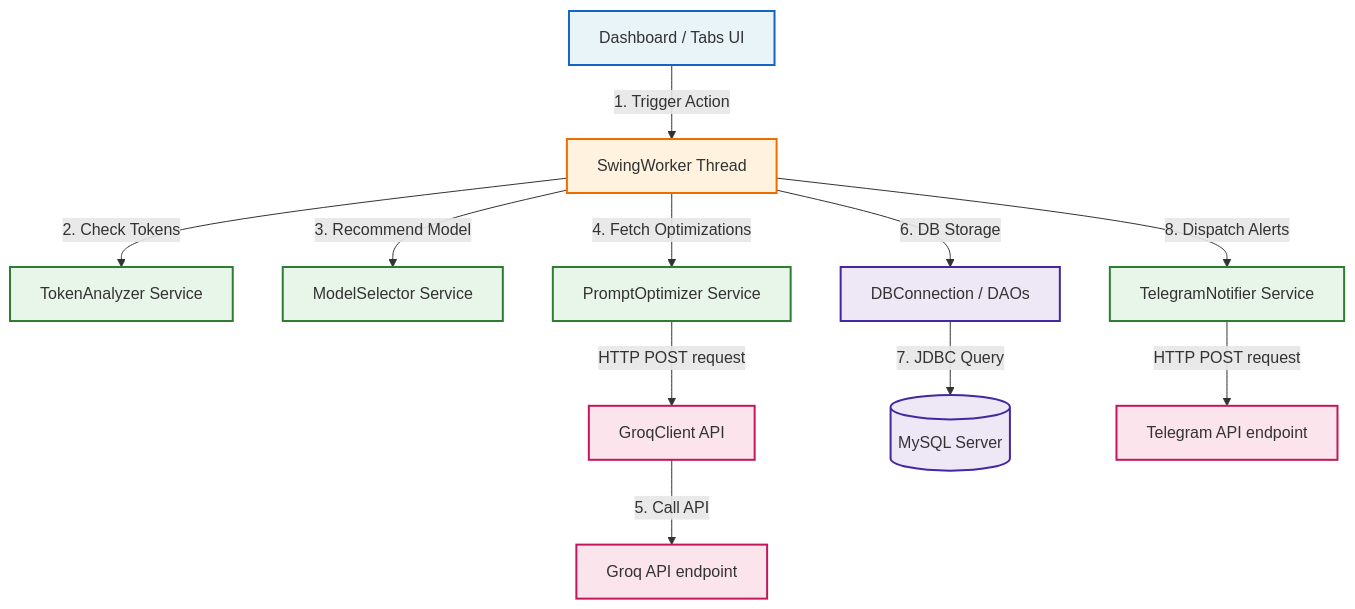
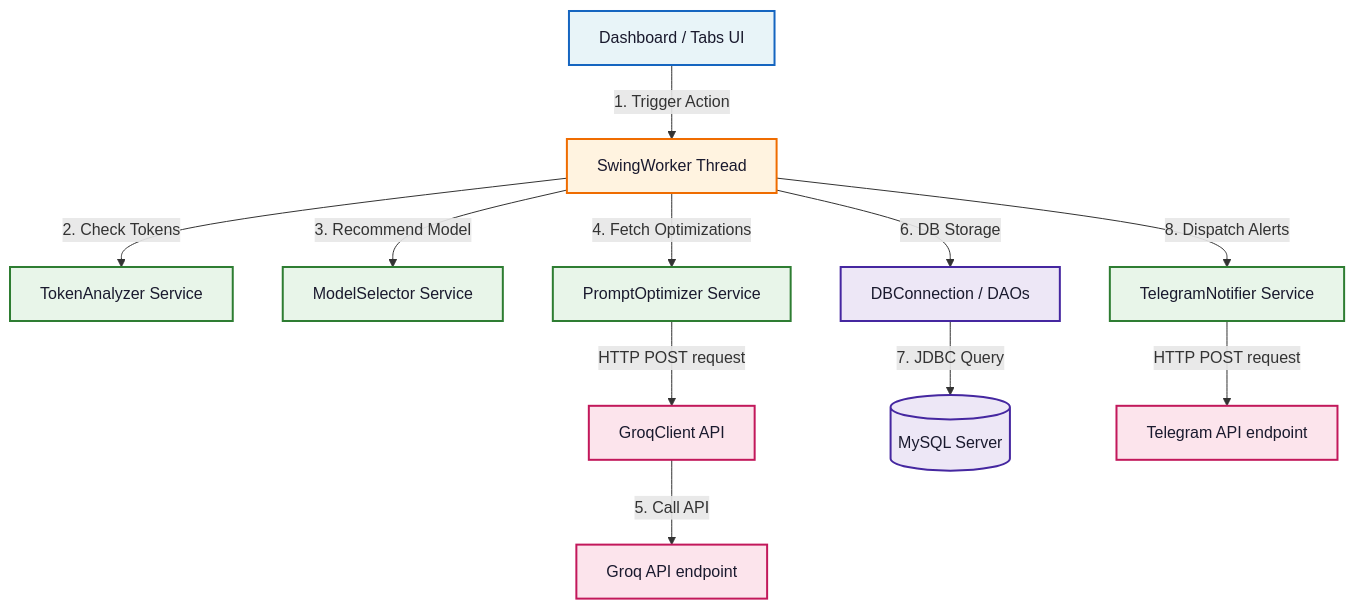
Before and after one commit to VenkateshReddy007/Promptify: the first of 2 diagrams in README.md, drawn with Mermaid. The commit also changed other lines of this file, not shown here.

Commit message:
docs: improve README styling and fix Mermaid text contrast on dark theme

````diff
--- a/README.md
+++ b/README.md
@@ -21,32 +31,32 @@
 ```mermaid
 flowchart TD
-    %% Styling
-    classDef ui fill:#e8f4f8,stroke:#1565c0,stroke-width:2px;
-    classDef worker fill:#fff3e0,stroke:#ef6c00,stroke-width:2px;
-    classDef service fill:#e8f5e9,stroke:#2e7d32,stroke-width:2px;
-    classDef external fill:#fce4ec,stroke:#c2185b,stroke-width:2px;
-    classDef db fill:#ede7f6,stroke:#4527a0,stroke-width:2px;
+    %% Styling (Text color set to #1a1a2e to guarantee visibility on all themes)
+    classDef ui fill:#e8f4f8,stroke:#1565c0,stroke-width:2px,color:#1a1a2e;
+    classDef worker fill:#fff3e0,stroke:#ef6c00,stroke-width:2px,color:#1a1a2e;
+    classDef service fill:#e8f5e9,stroke:#2e7d32,stroke-width:2px,color:#1a1a2e;
+    classDef external fill:#fce4ec,stroke:#c2185b,stroke-width:2px,color:#1a1a2e;
+    classDef db fill:#ede7f6,stroke:#4527a0,stroke-width:2px,color:#1a1a2e;
 
     %% Components
     UI[Dashboard / Tabs UI]:::ui
     SW[SwingWorker Thread]:::worker
     TA[TokenAnalyzer Service]:::service
     MS[ModelSelector Service]:::service
     PO[PromptOptimizer Service]:::service
     GC[GroqClient API]:::external
     TN[TelegramNotifier Service]:::service
     DB[DBConnection / DAOs]:::db
     MySQL[(MySQL Server)]:::db
 
     %% Interaction Flow
     UI -- 1. Trigger Action --> SW
     SW -- 2. Check Tokens --> TA
     SW -- 3. Recommend Model --> MS
     SW -- 4. Fetch Optimizations --> PO
     PO -- HTTP POST request --> GC
     GC -- 5. Call API --> GroqServer[Groq API endpoint]:::external
     SW -- 6. DB Storage --> DB
     DB -- 7. JDBC Query --> MySQL
     SW -- 8. Dispatch Alerts --> TN
     TN -- HTTP POST request --> TGServer[Telegram API endpoint]:::external
 ```
````
